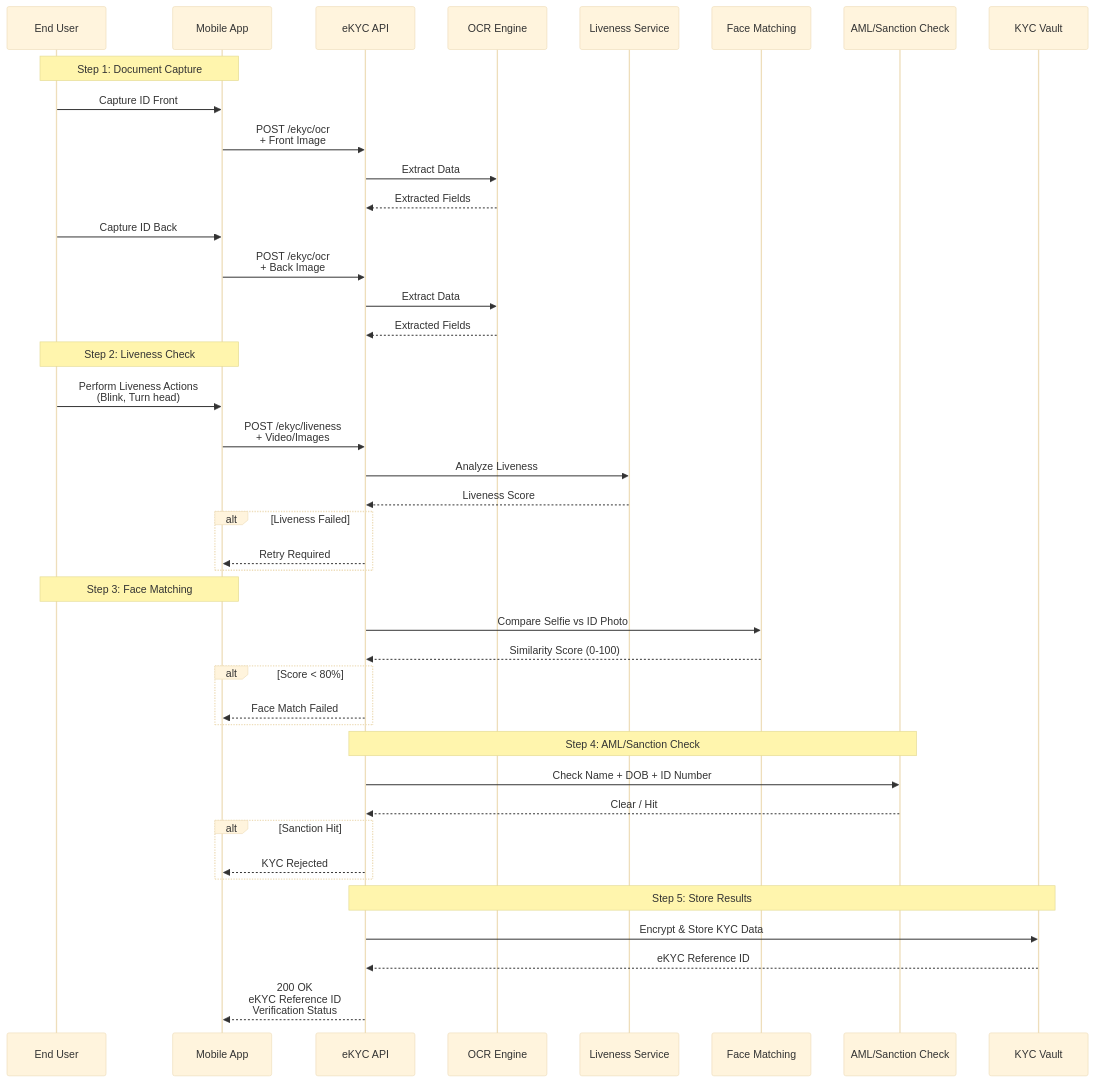
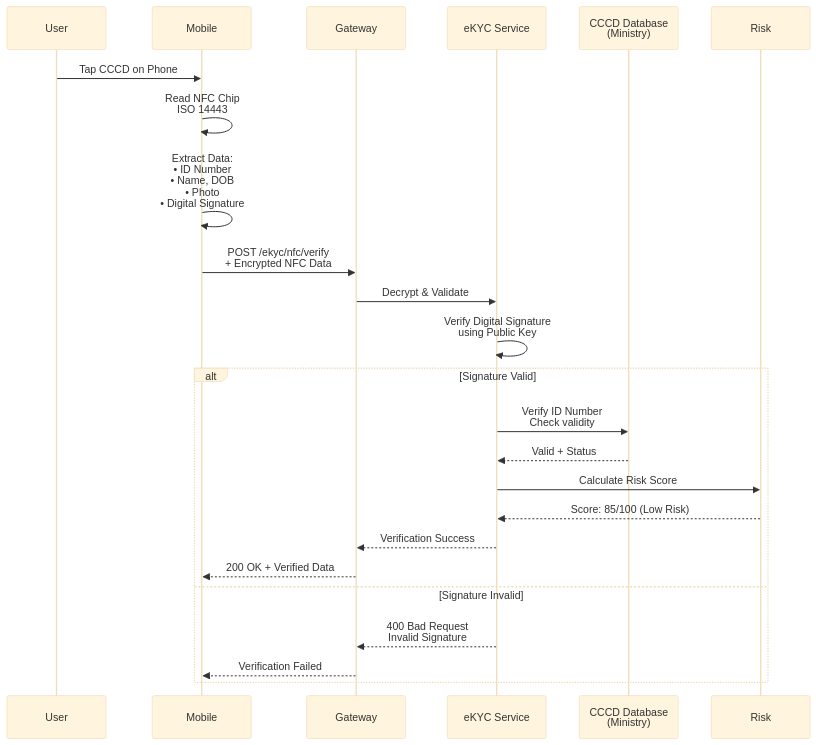
Before and after one commit to huuhoait/openbanking-vn-specs: the second of 8 diagrams in 07-Dich-vu-Dinh-danh-eKYC.md, drawn with Mermaid (base theme). The commit also changed other lines of this file and 14 other files, not shown here.

````diff
--- a/07-Dich-vu-Dinh-danh-eKYC.md
+++ b/07-Dich-vu-Dinh-danh-eKYC.md
@@ -57,54 +84,32 @@
 ```mermaid
 sequenceDiagram
-    participant User as End User
-    participant App as Mobile App
-    participant API as eKYC API
-    participant OCR as OCR Engine
-    participant Liveness as Liveness Service
-    participant FaceMatch as Face Matching
-    participant Blacklist as AML/Sanction Check
-    participant Vault as KYC Vault
+    participant User
+    participant Mobile
+    participant Gateway
+    participant eKYC as eKYC Service
+    participant CCCD_DB as CCCD Database<br/>(Ministry)
+    participant Risk
     
-    Note over User,App: Step 1: Document Capture
-    User->>App: Capture ID Front
-    App->>API: POST /ekyc/ocr<br/>+ Front Image
-    API->>OCR: Extract Data
-    OCR-->>API: Extracted Fields
+    User->>Mobile: Tap CCCD on Phone
+    Mobile->>Mobile: Read NFC Chip<br/>ISO 14443
+    Mobile->>Mobile: Extract Data:<br/>• ID Number<br/>• Name, DOB<br/>• Photo<br/>• Digital Signature
     
-    User->>App: Capture ID Back
-    App->>API: POST /ekyc/ocr<br/>+ Back Image
-    API->>OCR: Extract Data
-    OCR-->>API: Extracted Fields
+    Mobile->>Gateway: POST /ekyc/nfc/verify<br/>+ Encrypted NFC Data
+    Gateway->>eKYC: Decrypt & Validate
     
-    Note over User,App: Step 2: Liveness Check
-    User->>App: Perform Liveness Actions<br/>(Blink, Turn head)
-    App->>API: POST /ekyc/liveness<br/>+ Video/Images
-    API->>Liveness: Analyze Liveness
-    Liveness-->>API: Liveness Score
+    eKYC->>eKYC: Verify Digital Signature<br/>using Public Key
     
-    alt Liveness Failed
-        API-->>App: Retry Required
+    alt Signature Valid
+        eKYC->>CCCD_DB: Verify ID Number<br/>Check validity
+        CCCD_DB-->>eKYC: Valid + Status
+        
+        eKYC->>Risk: Calculate Risk Score
+        Risk-->>eKYC: Score: 85/100 (Low Risk)
+        
+        eKYC-->>Gateway: Verification Success
+        Gateway-->>Mobile: 200 OK + Verified Data
+    else Signature Invalid
+        eKYC-->>Gateway: 400 Bad Request<br/>Invalid Signature
+        Gateway-->>Mobile: Verification Failed
     end
-    
-    Note over User,App: Step 3: Face Matching
-    API->>FaceMatch: Compare Selfie vs ID Photo
-    FaceMatch-->>API: Similarity Score (0-100)
-    
-    alt Score < 80%
-        API-->>App: Face Match Failed
-    end
-    
-    Note over API,Blacklist: Step 4: AML/Sanction Check
-    API->>Blacklist: Check Name + DOB + ID Number
-    Blacklist-->>API: Clear / Hit
-    
-    alt Sanction Hit
-        API-->>App: KYC Rejected
-    end
-    
-    Note over API,Vault: Step 5: Store Results
-    API->>Vault: Encrypt & Store KYC Data
-    Vault-->>API: eKYC Reference ID
-    
-    API-->>App: 200 OK<br/>eKYC Reference ID<br/>Verification Status
 ```
````
